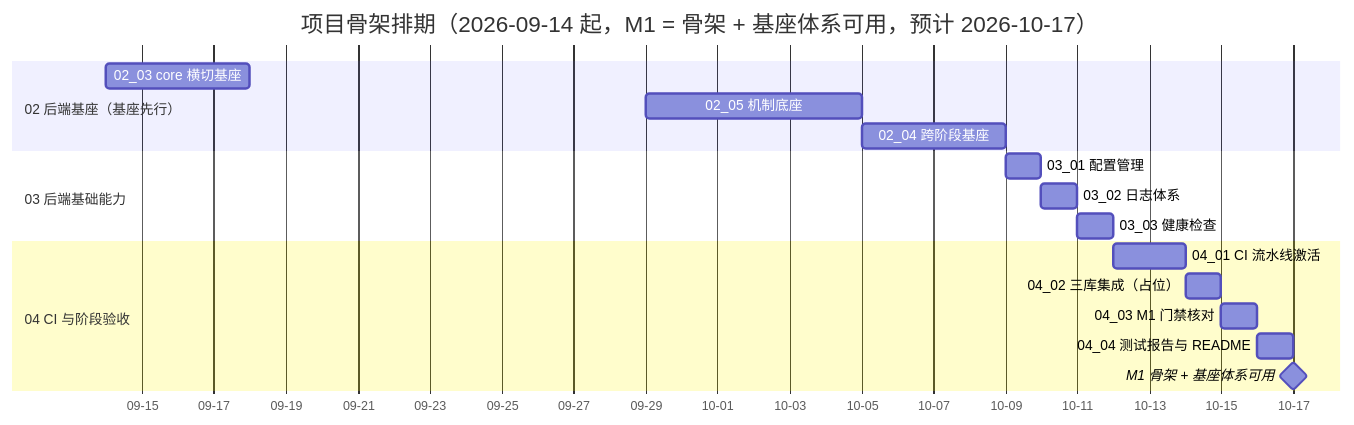
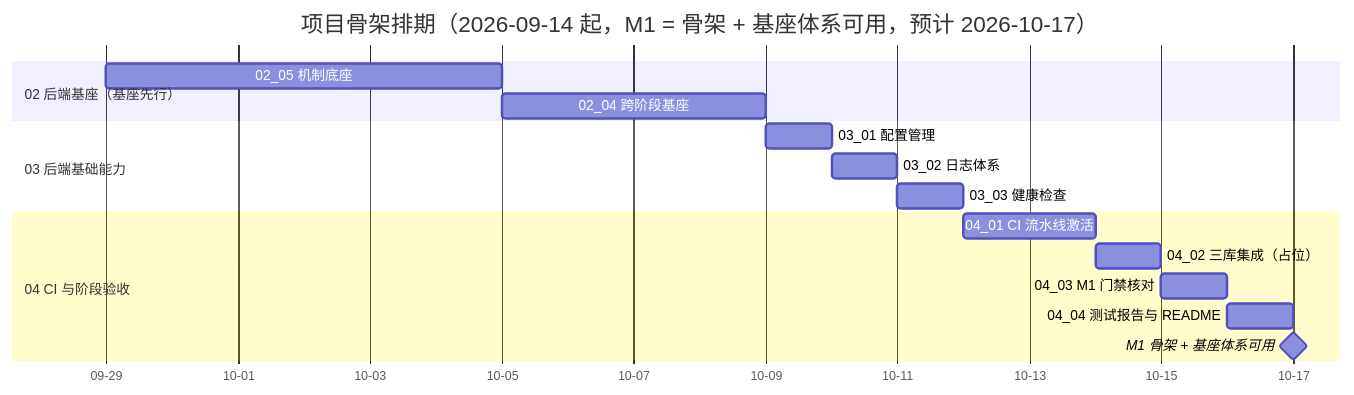
The diagram in bms文档/项目/01_项目骨架/计划/01_计划_项目骨架.md (minjian123/basic-management-system), drawn with Mermaid before and after one commit. The commit also changed other lines of this file and 12 other files, not shown here.

````diff
--- a/bms文档/项目/01_项目骨架/计划/01_计划_项目骨架.md
+++ b/bms文档/项目/01_项目骨架/计划/01_计划_项目骨架.md
@@ -72,20 +72,19 @@
 ```mermaid
 gantt
     title 项目骨架排期（2026-09-14 起，M1 = 骨架 + 基座体系可用，预计 2026-10-17）
     dateFormat  YYYY-MM-DD
     axisFormat %m-%d
     section 02 后端基座（基座先行）
-    02_03 core 横切基座    :a23, 2026-09-14, 4d
     02_05 机制底座         :a25, 2026-09-29, 6d
     02_04 跨阶段基座       :a24, 2026-10-05, 4d
     section 03 后端基础能力
     03_01 配置管理         :a31, 2026-10-09, 1d
     03_02 日志体系         :a32, 2026-10-10, 1d
     03_03 健康检查         :a33, 2026-10-11, 1d
     section 04 CI 与阶段验收
     04_01 CI 流水线激活    :a41, 2026-10-12, 2d
     04_02 三库集成（占位） :a42, 2026-10-14, 1d
     04_03 M1 门禁核对      :a43, 2026-10-15, 1d
     04_04 测试报告与 README :a44, 2026-10-16, 1d
     M1 骨架 + 基座体系可用 :milestone, m1, 2026-10-17, 0d
 ```
````
